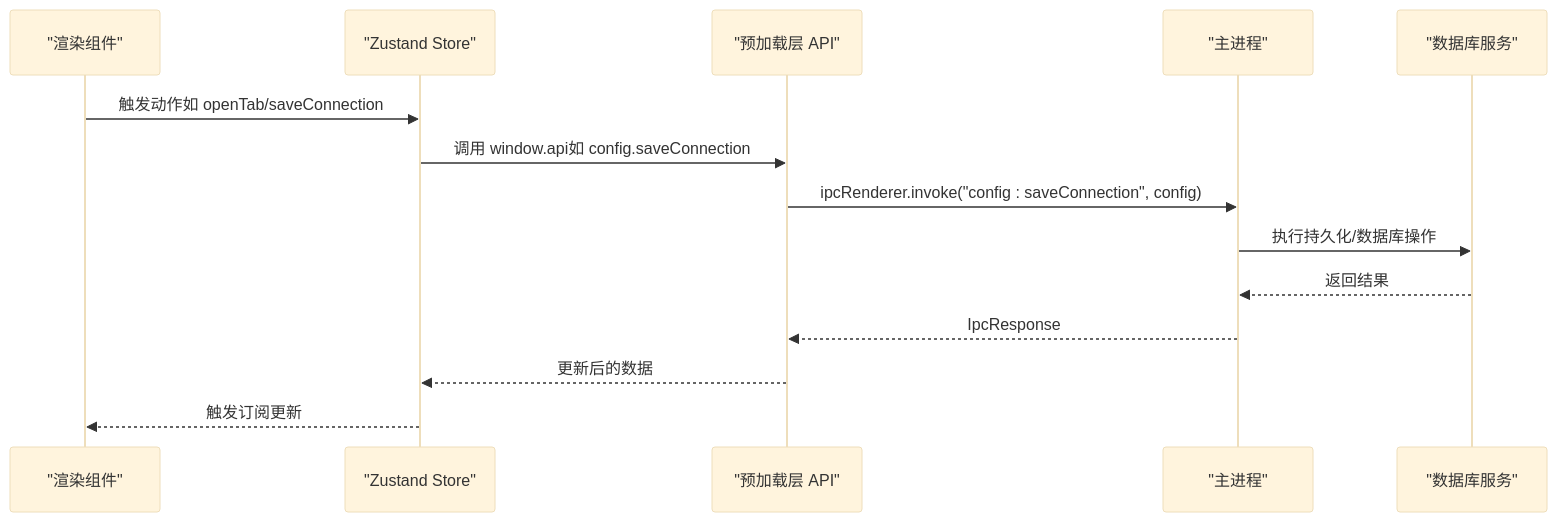
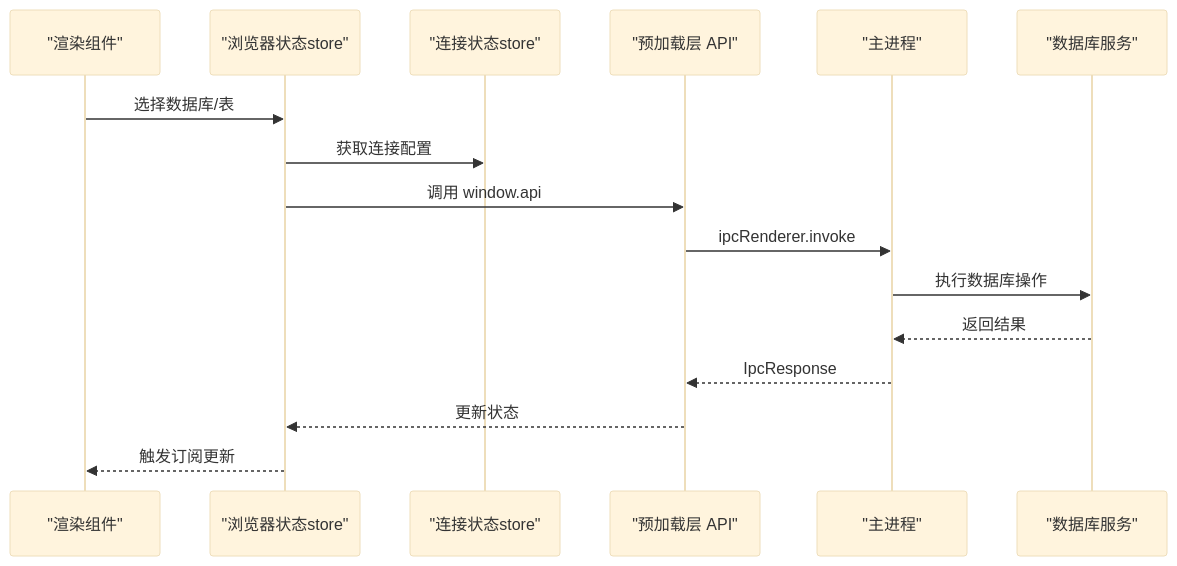
Before and after one commit to wwenbo2048/nexsql: the second of 8 diagrams in .qoder/repowiki/zh/content/状态管理/Zustand 集成与最佳实践.md, drawn with Mermaid (base theme). The commit also changed other lines of this file and 19 other files, not shown here.

````diff
--- a/.qoder/repowiki/zh/content/状态管理/Zustand 集成与最佳实践.md
+++ b/.qoder/repowiki/zh/content/状态管理/Zustand 集成与最佳实践.md
@@ -133,16 +181,18 @@
 ```mermaid
 sequenceDiagram
 participant UI as "渲染组件"
-participant Store as "Zustand Store"
+participant BrowserStore as "浏览器状态store"
+participant ConnectionStore as "连接状态store"
 participant Preload as "预加载层 API"
 participant Main as "主进程"
 participant DB as "数据库服务"
-UI->>Store : 触发动作如 openTab/saveConnection
-Store->>Preload : 调用 window.api如 config.saveConnection
-Preload->>Main : ipcRenderer.invoke("config : saveConnection", config)
-Main->>DB : 执行持久化/数据库操作
+UI->>BrowserStore : 选择数据库/表
+BrowserStore->>ConnectionStore : 获取连接配置
+BrowserStore->>Preload : 调用 window.api
+Preload->>Main : ipcRenderer.invoke
+Main->>DB : 执行数据库操作
 DB-->>Main : 返回结果
 Main-->>Preload : IpcResponse
-Preload-->>Store : 更新后的数据
-Store-->>UI : 触发订阅更新
+Preload-->>BrowserStore : 更新状态
+BrowserStore-->>UI : 触发订阅更新
 ```
````
